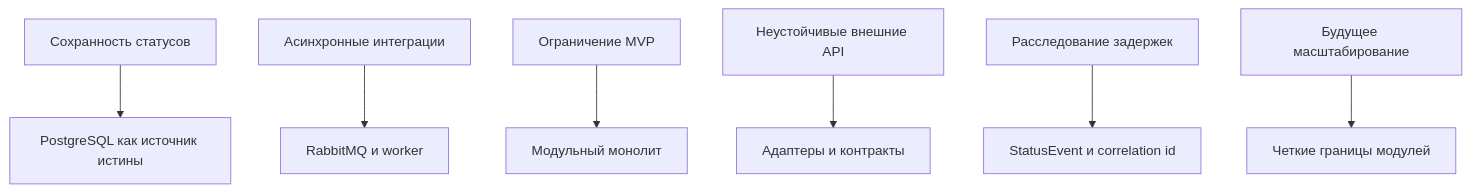
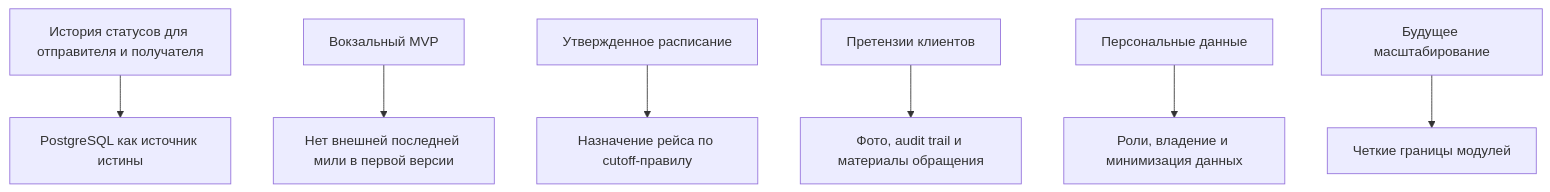
The diagram in 04-архитектурные-драйверы.md (W1zzK1/Plan-dissertation), drawn with Mermaid before and after one commit. The commit also changed other lines of this file and 19 other files, not shown here.

````diff
--- a/04-архитектурные-драйверы.md
+++ b/04-архитектурные-драйверы.md
@@ -26,9 +28,9 @@
 ```mermaid
 flowchart TD
-    Status[Сохранность статусов] --> DB[PostgreSQL как источник истины]
-    Async[Асинхронные интеграции] --> Queue[RabbitMQ и worker]
-    MVP[Ограничение MVP] --> Monolith[Модульный монолит]
-    Partners[Неустойчивые внешние API] --> Adapters[Адаптеры и контракты]
-    Incidents[Расследование задержек] --> Audit[StatusEvent и correlation id]
+    Status[История статусов для отправителя и получателя] --> DB[PostgreSQL как источник истины]
+    StationMVP[Вокзальный MVP] --> Boundaries[Нет внешней последней мили в первой версии]
+    Schedule[Утвержденное расписание] --> Cutoff[Назначение рейса по cutoff-правилу]
+    Claims[Претензии клиентов] --> Evidence[Фото, audit trail и материалы обращения]
+    PersonalData[Персональные данные] --> Access[Роли, владение и минимизация данных]
     Growth[Будущее масштабирование] --> Modules[Четкие границы модулей]
 ```
````
